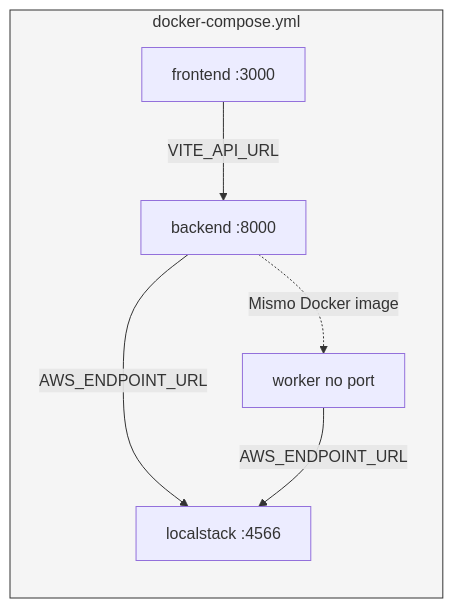
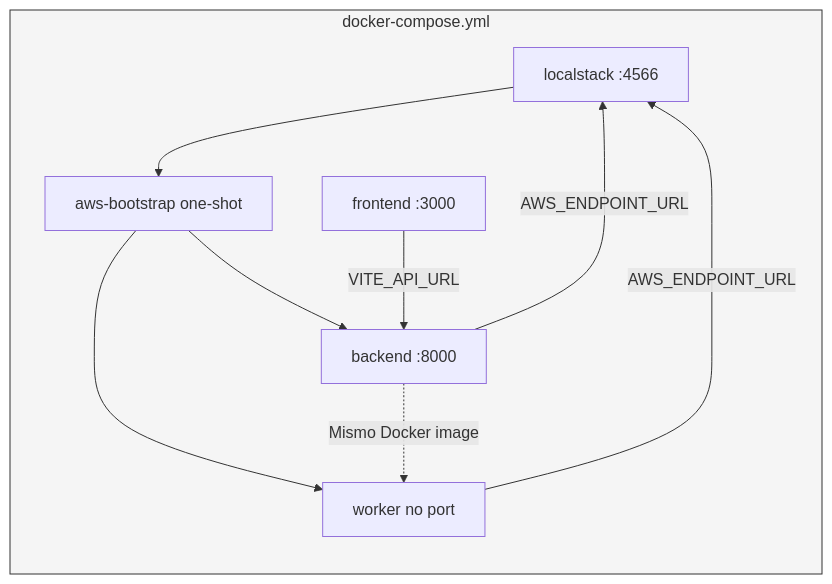
One commit to Joangeldelarosa/joangel-prosperas-challenge changed the tenth of 11 diagrams in TECHNICAL_DOCS.md. Above: the diagram before and after it, drawn with Mermaid. The commit also changed other lines of this file and 5 other files, not shown here.

````diff
--- a/TECHNICAL_DOCS.md
+++ b/TECHNICAL_DOCS.md
@@ -545,16 +548,20 @@
 ```mermaid
 graph LR
     subgraph Docker["docker-compose.yml"]
         LS["localstack :4566"]
+        INIT["aws-bootstrap one-shot"]
         BE["backend :8000"]
         WK["worker no port"]
         FE["frontend :3000"]
     end
 
+    LS --> INIT
+    INIT --> BE
+    INIT --> WK
     FE -->|"VITE_API_URL"| BE
     BE -->|"AWS_ENDPOINT_URL"| LS
     WK -->|"AWS_ENDPOINT_URL"| LS
     BE -.->|"Mismo Docker image"| WK
 
     style Docker fill:#f5f5f5,stroke:#333
 ```
````
